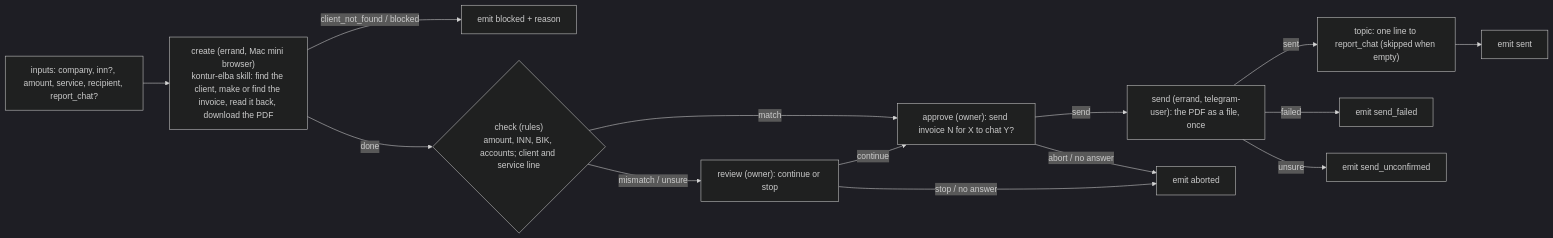
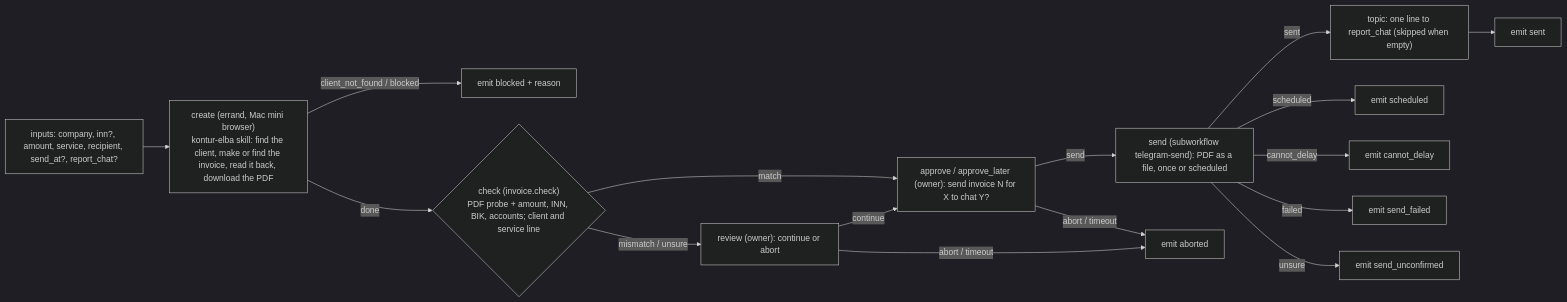
Before and after one commit to VKirill/bb-plugin-lane-pilot: the diagram in docs/invoice-send.md, drawn with Mermaid (dark theme). The commit also changed other lines of this file and 18 other files, not shown here.

````diff
--- a/docs/invoice-send.md
+++ b/docs/invoice-send.md
@@ -6,15 +24,17 @@
 ```mermaid
 flowchart LR
-  I["inputs: company, inn?, amount, service, recipient, report_chat?"] --> C["create (errand, Mac mini browser)\nkontur-elba skill: find the client, make or find the invoice, read it back, download the PDF"]
+  I["inputs: company, inn?, amount, service, recipient, send_at?, report_chat?"] --> C["create (errand, Mac mini browser)\nkontur-elba skill: find the client, make or find the invoice, read it back, download the PDF"]
   C -->|"client_not_found / blocked"| B["emit blocked + reason"]
-  C -->|done| K{"check (rules)\namount, INN, BIK, accounts; client and service line"}
-  K -->|match| A["approve (owner): send invoice N for X to chat Y?"]
-  K -->|"mismatch / unsure"| R["review (owner): continue or stop"]
+  C -->|done| K{"check (invoice.check)\nPDF probe + amount, INN, BIK, accounts; client and service line"}
+  K -->|match| A["approve / approve_later (owner): send invoice N for X to chat Y?"]
+  K -->|"mismatch / unsure"| R["review (owner): continue or abort"]
   R -->|continue| A
-  R -->|"stop / no answer"| X["emit aborted"]
-  A -->|send| S["send (errand, telegram-user): the PDF as a file, once"]
-  A -->|"abort / no answer"| X
+  R -->|"abort / timeout"| X["emit aborted"]
+  A -->|send| S["send (subworkflow telegram-send): PDF as a file, once or scheduled"]
+  A -->|"abort / timeout"| X
   S -->|sent| T["topic: one line to report_chat (skipped when empty)"] --> D["emit sent"]
+  S -->|scheduled| SC["emit scheduled"]
+  S -->|cannot_delay| CD["emit cannot_delay"]
   S -->|failed| F["emit send_failed"]
   S -->|unsure| U["emit send_unconfirmed"]
 ```
````
